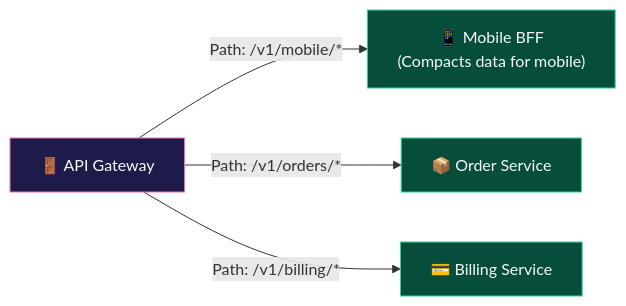
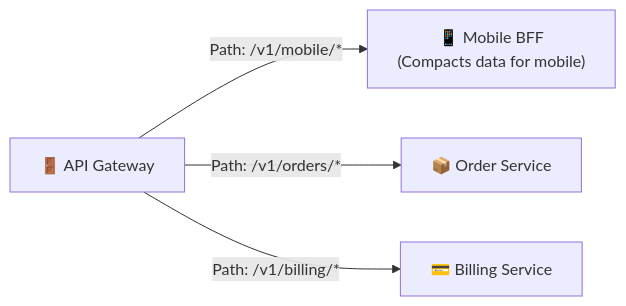
One commit to AkmKawser/System-Design changed diagram 15 of 50 in topics/0.FUNDAMENTALS/API Architecture and Design/output/Note_version-1_API_Architecture_and_Design/API_Architecture_and_Design.md. Above: the diagram before and after it, drawn with Mermaid. The commit also changed other lines of this file and 6 other files, not shown here.

Commit message:
fix(diagrams): remove dark fills and rects to ensure full visibility on GitHub light theme

````diff
--- a/topics/0.FUNDAMENTALS/API Architecture and Design/output/Note_version-1_API_Architecture_and_Design/API_Architecture_and_Design.md
+++ b/topics/0.FUNDAMENTALS/API Architecture and Design/output/Note_version-1_API_Architecture_and_Design/API_Architecture_and_Design.md
@@ -724,11 +652,6 @@
 ```mermaid
 flowchart LR
     GW["🚪 API Gateway"] -->|"Path: /v1/mobile/*"| BFF["📱 Mobile BFF\n(Compacts data for mobile)"]
     GW -->|"Path: /v1/orders/*"| Orders["📦 Order Service"]
     GW -->|"Path: /v1/billing/*"| Billing["💳 Billing Service"]
-
-    classDef gw fill:#1e1b4b,stroke:#f472b6,stroke-width:1px,color:#f8fafc;
-    classDef svc fill:#064e3b,stroke:#34d399,stroke-width:1px,color:#f8fafc;
-    class GW gw;
-    class BFF,Orders,Billing svc;
 ```
````
